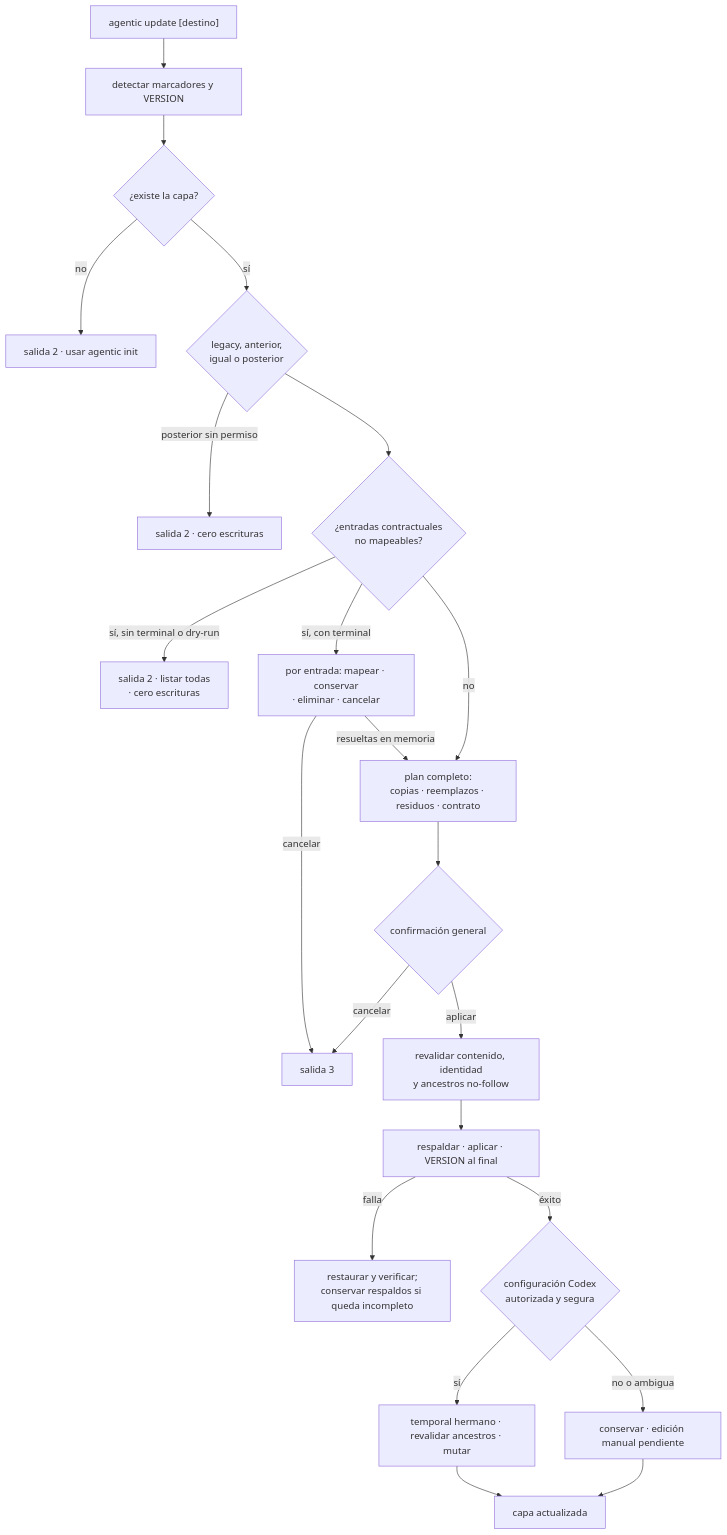
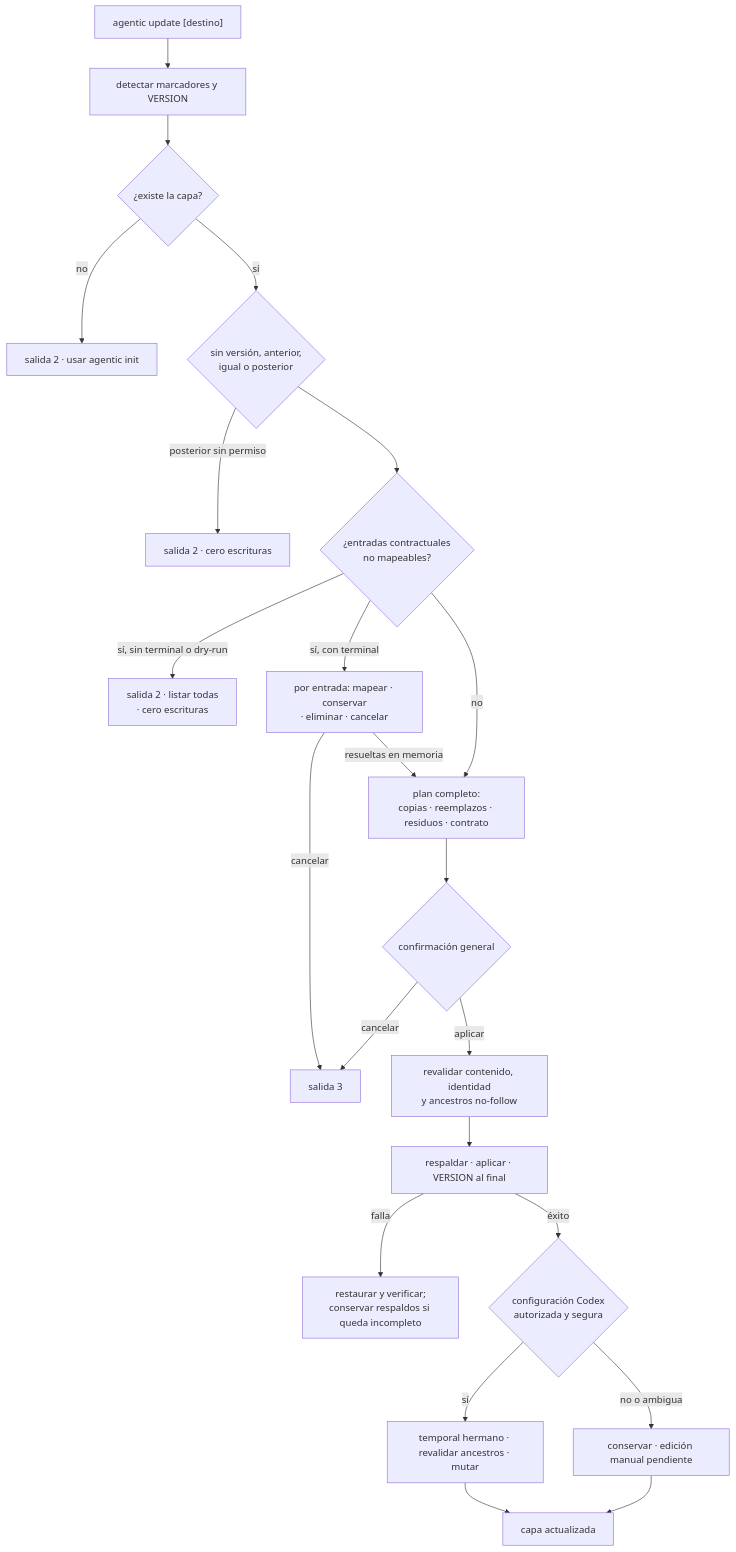
The third of 5 diagrams in docs/arquitectura.md (KroxiDev/agentic-layer), drawn with Mermaid before and after one commit. The commit also changed other lines of this file and 57 other files, not shown here.

````diff
--- a/docs/arquitectura.md
+++ b/docs/arquitectura.md
@@ -205,24 +201,24 @@
 ```mermaid
 flowchart TD
     start["agentic update [destino]"] --> detect["detectar marcadores y VERSION"]
     detect --> exists{"¿existe la capa?"}
     exists -->|no| init["salida 2 · usar agentic init"]
-    exists -->|sí| version{"legacy, anterior,<br/>igual o posterior"}
+    exists -->|sí| version{"sin versión, anterior,<br/>igual o posterior"}
     version -->|posterior sin permiso| block["salida 2 · cero escrituras"]
     version --> unknown{"¿entradas contractuales<br/>no mapeables?"}
     unknown -->|"sí, sin terminal o dry-run"| unmapped["salida 2 · listar todas<br/>· cero escrituras"]
     unknown -->|"sí, con terminal"| decide["por entrada: mapear · conservar<br/>· eliminar · cancelar"]
     decide -->|cancelar| cancel
     decide -->|resueltas en memoria| plan
     unknown -->|no| plan["plan completo:<br/>copias · reemplazos · residuos · contrato"]
     plan --> confirm{"confirmación general"}
     confirm -->|cancelar| cancel["salida 3"]
     confirm -->|aplicar| revalidate["revalidar contenido, identidad<br/>y ancestros no-follow"]
     revalidate --> tx["respaldar · aplicar · VERSION al final"]
     tx -->|falla| rollback["restaurar y verificar;<br/>conservar respaldos si queda incompleto"]
     tx -->|éxito| codex{"configuración Codex<br/>autorizada y segura"}
     codex -->|no o ambigua| pending["conservar · edición manual pendiente"]
     codex -->|sí| atomic["temporal hermano · revalidar ancestros · mutar"]
     atomic --> done["capa actualizada"]
     pending --> done
 ```
````
